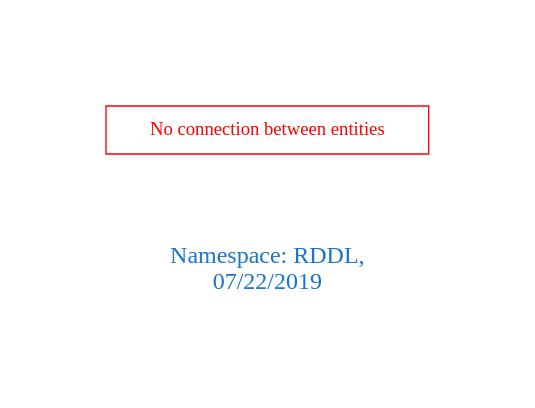
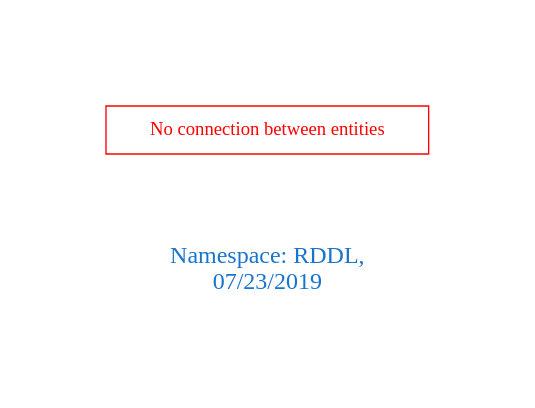
One commit to arago/OGIT changed the diagram in downloads/RDDL.dot. Above: the diagram before and after it, drawn with Graphviz. The commit also changed 1468 other files, not shown here.

```diff
--- a/downloads/RDDL.dot
+++ b/downloads/RDDL.dot
@@ -1,9 +1,9 @@
 digraph OGIT_ontology {
  graph [ rankdir= LR,pad=1 
 fontsize = 18,
-fontcolor= dodgerblue3,label = "\n\n\nNamespace: RDDL, \n 07/22/2019"];
+fontcolor= dodgerblue3,label = "\n\n\nNamespace: RDDL, \n 07/23/2019"];
 node[shape=polygon];
 edge [  color="gray81"];
 
 "No connection between entities" [fontcolor = "red",color="red", shape="polygon"]
 }
```
